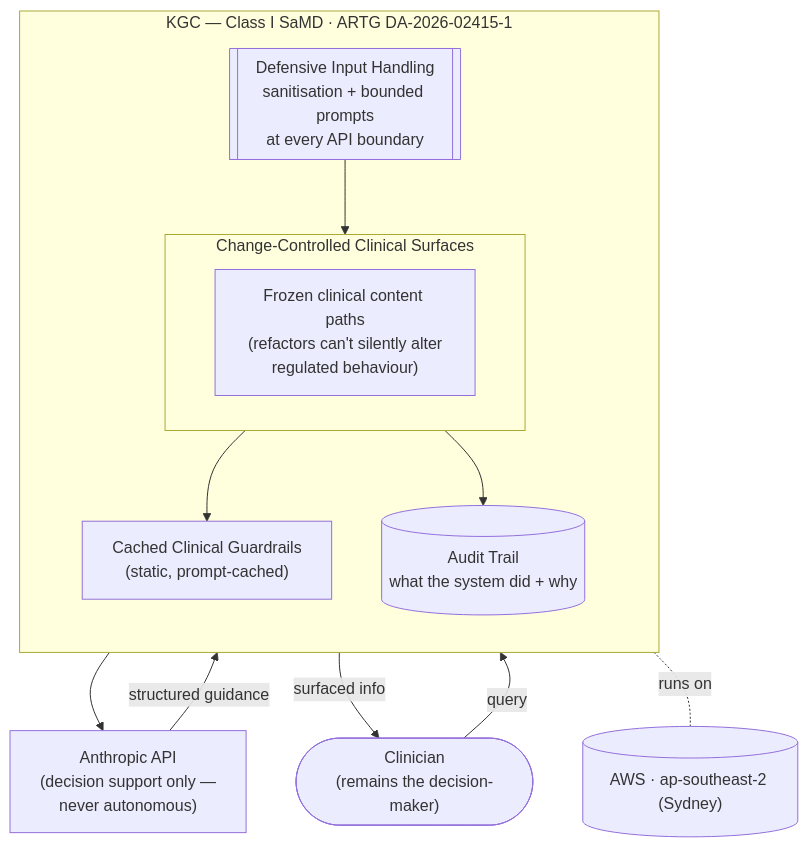
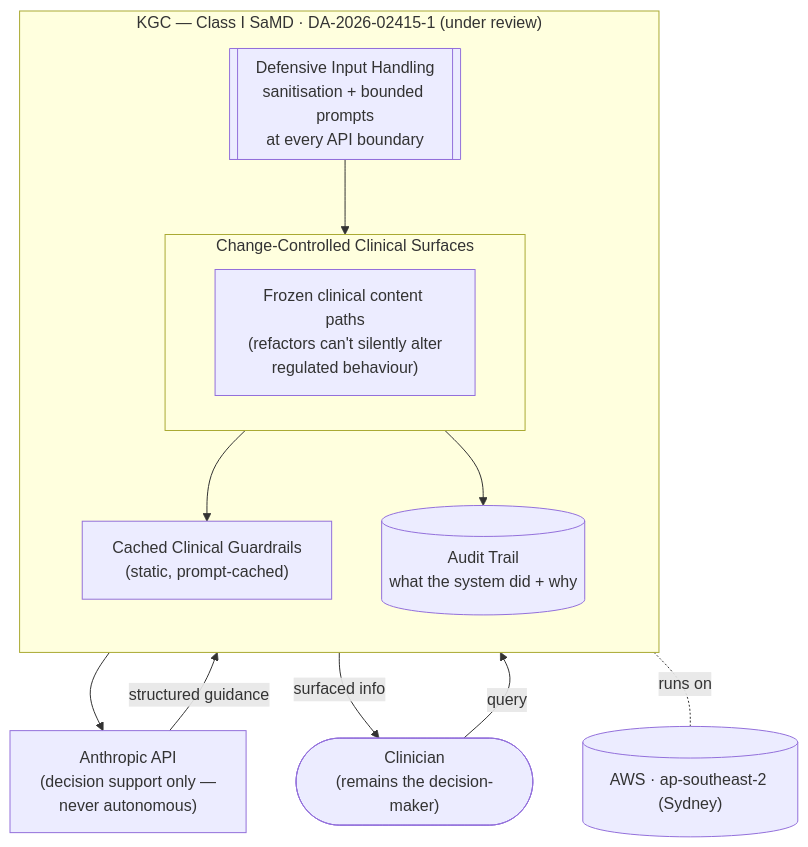
The diagram in architecture/kgc.md (elegantartist/portfolio), drawn with Mermaid before and after one commit. The commit also changed other lines of this file and 5 other files, not shown here.

````diff
--- a/architecture/kgc.md
+++ b/architecture/kgc.md
@@ -3,26 +3,26 @@
 ```mermaid
 flowchart TB
     Clinician(["Clinician<br/>(remains the decision-maker)"])
 
-    subgraph KGC["KGC — Class I SaMD · ARTG DA-2026-02415-1"]
+    subgraph KGC["KGC — Class I SaMD · DA-2026-02415-1 (under review)"]
         direction TB
         Sanitise[["Defensive Input Handling<br/>sanitisation + bounded prompts<br/>at every API boundary"]]
         subgraph Frozen["Change-Controlled Clinical Surfaces"]
             ClinicalPaths["Frozen clinical content paths<br/>(refactors can't silently alter<br/>regulated behaviour)"]
         end
         Guardrails["Cached Clinical Guardrails<br/>(static, prompt-cached)"]
         Audit[("Audit Trail<br/>what the system did + why")]
     end
 
     LLM["Anthropic API<br/>(decision support only —<br/>never autonomous)"]
     Infra[("AWS · ap-southeast-2 (Sydney)")]
 
     Clinician -->|query| Sanitise
     Sanitise --> Frozen
     Frozen --> Guardrails
     Guardrails --> LLM
     LLM -->|structured guidance| Frozen
     Frozen -->|surfaced info| Clinician
     Frozen --> Audit
     KGC -.runs on.- Infra
 ```
````
